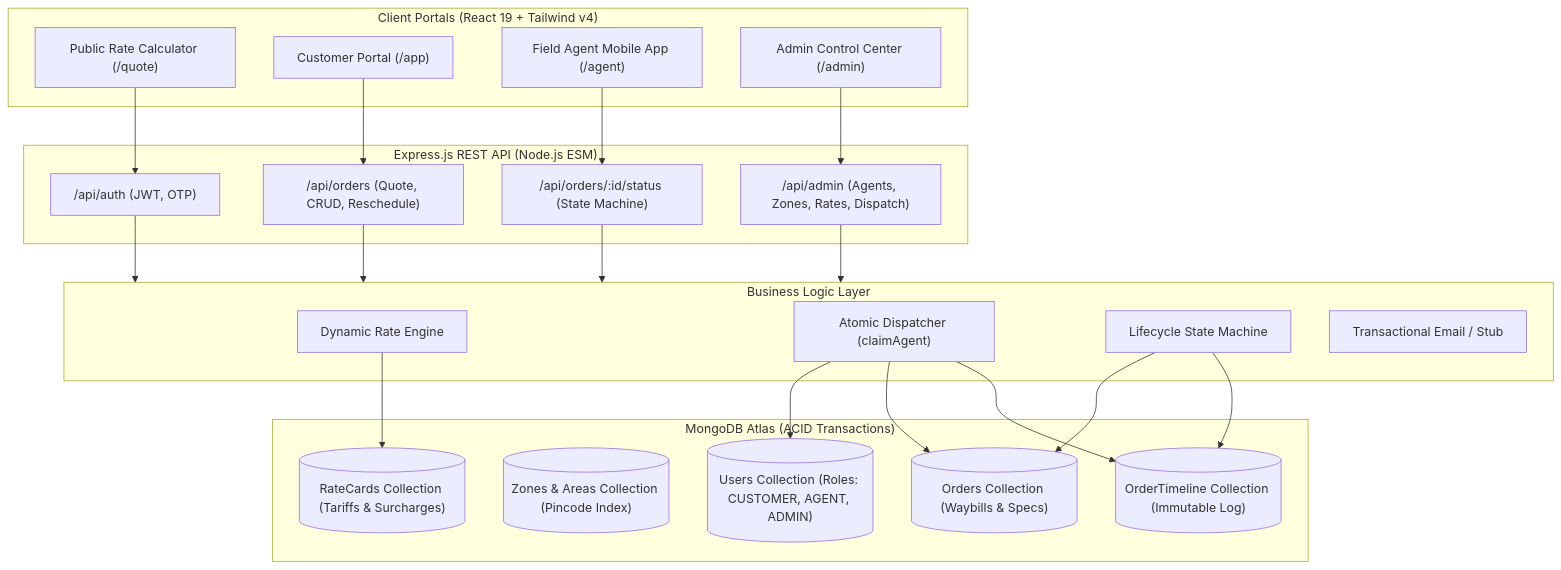
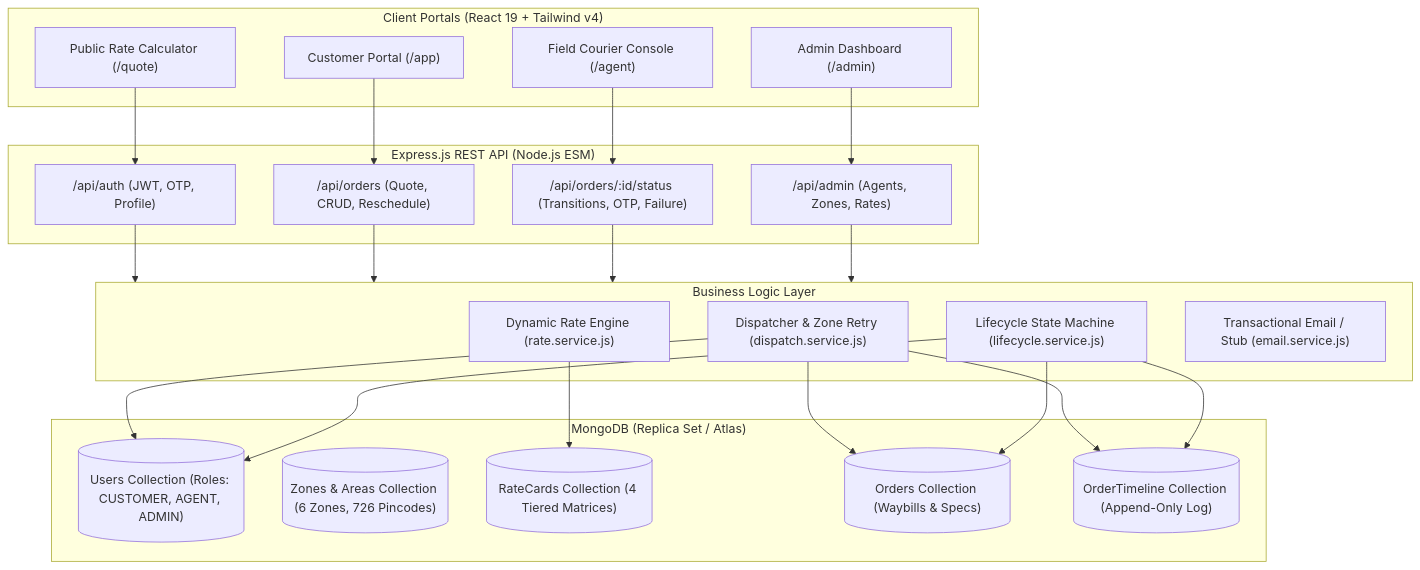
One commit to divyanshu12-fullstack/DispatchPro changed the first of 2 diagrams in README.md. Above: the diagram before and after it, drawn with Mermaid. The commit also changed other lines of this file and 2 other files, not shown here.

Commit message:
feat: update failure reporting modal to include rescheduling logic and improve user feedback

````diff
--- a/README.md
+++ b/README.md
@@ -49,48 +59,49 @@
 ```mermaid
 flowchart TD
     subgraph Client ["Client Portals (React 19 + Tailwind v4)"]
         Public["Public Rate Calculator (/quote)"]
         Customer["Customer Portal (/app)"]
-        Agent["Field Agent Mobile App (/agent)"]
-        Admin["Admin Control Center (/admin)"]
+        Agent["Field Courier Console (/agent)"]
+        Admin["Admin Dashboard (/admin)"]
     end
 
     subgraph API ["Express.js REST API (Node.js ESM)"]
-        AuthRoutes["/api/auth (JWT, OTP)"]
+        AuthRoutes["/api/auth (JWT, OTP, Profile)"]
         OrderRoutes["/api/orders (Quote, CRUD, Reschedule)"]
-        LifecycleRoutes["/api/orders/:id/status (State Machine)"]
-        AdminRoutes["/api/admin (Agents, Zones, Rates, Dispatch)"]
+        LifecycleRoutes["/api/orders/:id/status (Transitions, OTP, Failure)"]
+        AdminRoutes["/api/admin (Agents, Zones, Rates)"]
     end
 
     subgraph Services ["Business Logic Layer"]
-        RateEngine["Dynamic Rate Engine"]
-        DispatchService["Atomic Dispatcher (claimAgent)"]
-        StateEngine["Lifecycle State Machine"]
-        EmailService["Transactional Email / Stub"]
+        RateEngine["Dynamic Rate Engine (rate.service.js)"]
+        DispatchService["Dispatcher & Zone Retry (dispatch.service.js)"]
+        LifecycleEngine["Lifecycle State Machine (lifecycle.service.js)"]
+        EmailService["Transactional Email / Stub (email.service.js)"]
     end
 
-    subgraph Database ["MongoDB Atlas (ACID Transactions)"]
+    subgraph Database ["MongoDB (Replica Set / Atlas)"]
         Users[("Users Collection (Roles: CUSTOMER, AGENT, ADMIN)")]
-        Zones[("Zones & Areas Collection (Pincode Index)")]
-        RateCards[("RateCards Collection (Tariffs & Surcharges)")]
+        Zones[("Zones & Areas Collection (6 Zones, 726 Pincodes)")]
+        RateCards[("RateCards Collection (4 Tiered Matrices)")]
         Orders[("Orders Collection (Waybills & Specs)")]
-        Timeline[("OrderTimeline Collection (Immutable Log)")]
+        Timeline[("OrderTimeline Collection (Append-Only Log)")]
     end
 
     Public --> AuthRoutes
     Customer --> OrderRoutes
     Agent --> LifecycleRoutes
     Admin --> AdminRoutes
 
     AuthRoutes --> Services
     OrderRoutes --> Services
     LifecycleRoutes --> Services
     AdminRoutes --> Services
 
     RateEngine --> RateCards
     DispatchService --> Users
-    StateEngine --> Orders
-    StateEngine --> Timeline
     DispatchService --> Orders
     DispatchService --> Timeline
+    LifecycleEngine --> Orders
+    LifecycleEngine --> Timeline
+    LifecycleEngine --> Users
 ```
````
